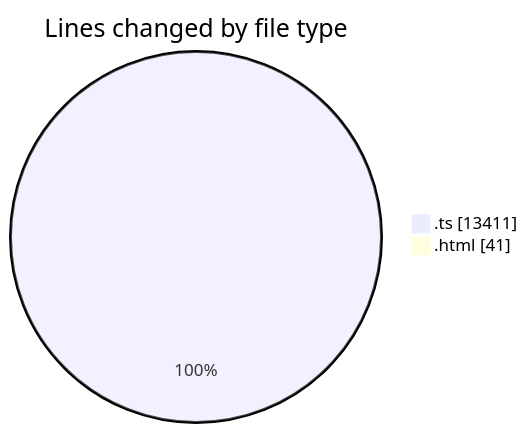
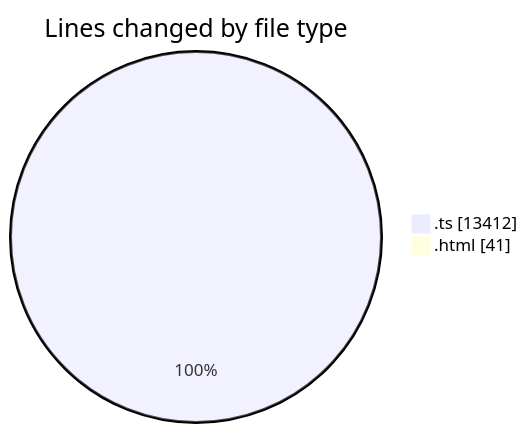
One commit to tmsrecording-cyber/code-tracking changed the first of 2 diagrams in 2026-02-08/singularitybrainai/README.md. Above: the diagram before and after it, drawn with Mermaid. The commit also changed other lines of this file and 1 other file, not shown here.

````diff
--- a/2026-02-08/singularitybrainai/README.md
+++ b/2026-02-08/singularitybrainai/README.md
@@ -37,6 +37,6 @@
 ```mermaid
 pie showData
 title Lines changed by file type
-".ts" : 13411
+".ts" : 13412
 ".html" : 41
 ```
````
